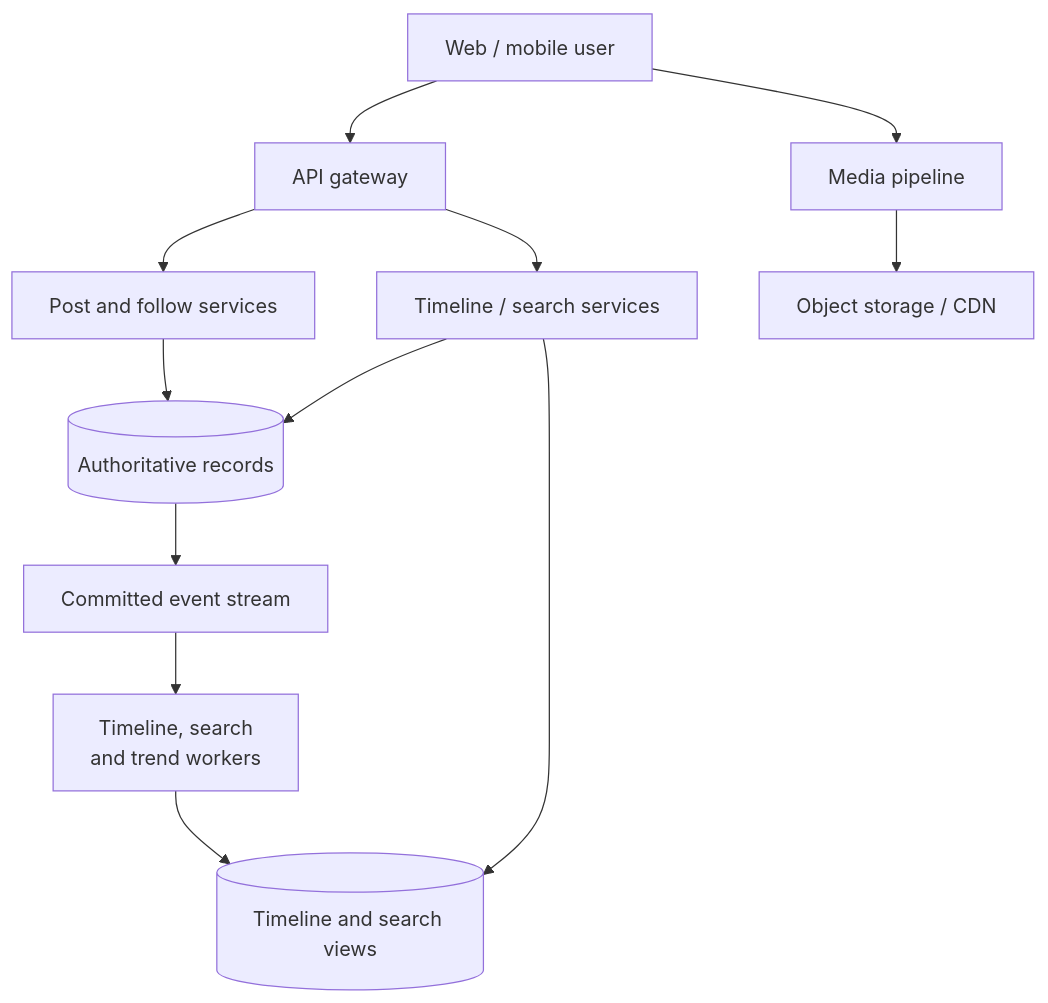
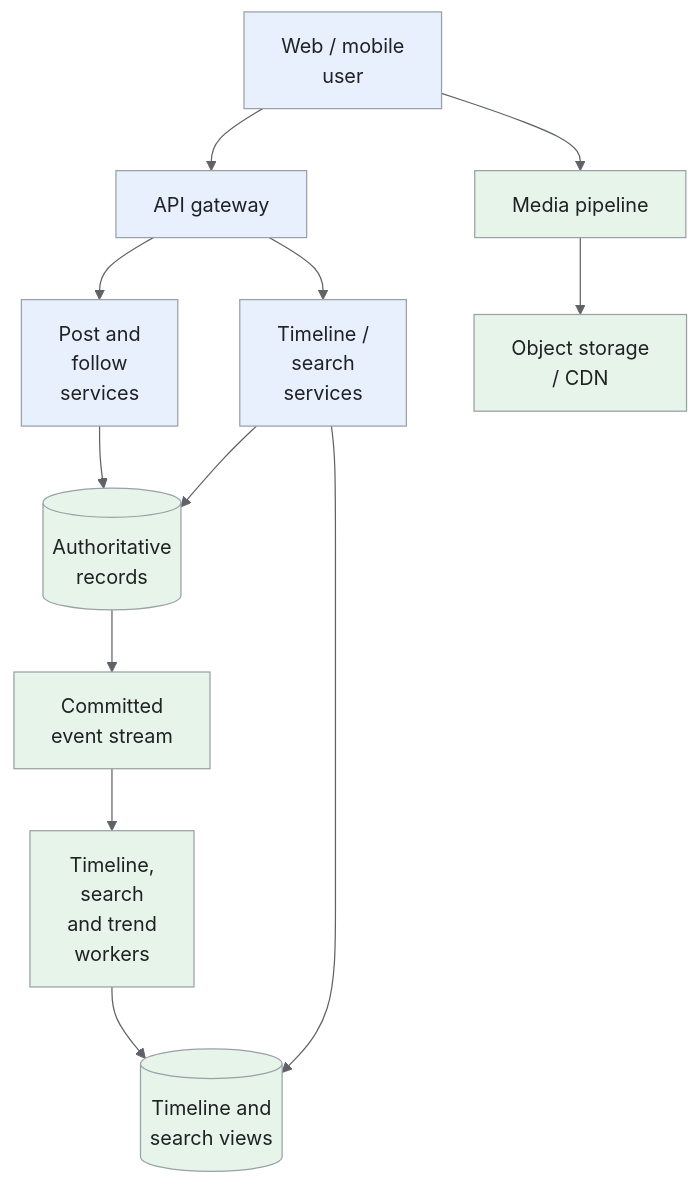
Before and after one commit to iliazlobin/iliazlobin.github.io: the first of 6 diagrams in _designs/system-design-twitter-x.md, drawn with Mermaid. The commit also changed other lines of this file and 131 other files, not shown here.

````diff
--- a/_designs/system-design-twitter-x.md
+++ b/_designs/system-design-twitter-x.md
@@ -129,14 +148,21 @@
 ```mermaid
+%%{init: {"theme":"base","themeVariables":{"primaryColor":"#e8f0fe","primaryBorderColor":"#9aa0a6","primaryTextColor":"#202124","secondaryColor":"#e6f4ea","tertiaryColor":"#fef7e0","lineColor":"#5f6368","actorBkg":"#e8f0fe","actorBorder":"#9aa0a6","actorTextColor":"#202124","noteBkgColor":"#fef7e0","noteBorderColor":"#9aa0a6","noteTextColor":"#202124","signalColor":"#5f6368","signalTextColor":"#202124"}}}%%
 flowchart TB
-  U["Web / mobile user"] --> API["API gateway"]
-  API --> WRITE["Post and follow services"]
-  WRITE --> DB[("Authoritative records")]
-  DB --> EVENTS["Committed event stream"]
-  EVENTS --> DERIVED["Timeline, search<br/>and trend workers"]
-  DERIVED --> VIEWS[("Timeline and search views")]
-  API --> READ["Timeline / search services"]
+  U["Web / mobile<br>user"] --> API["API gateway"]
+  API --> WRITE["Post and<br>follow<br>services"]
+  WRITE --> DB[("Authoritative<br>records")]
+  DB --> EVENTS["Committed<br>event stream"]
+  EVENTS --> DERIVED["Timeline,<br>search<br>and trend<br>workers"]
+  DERIVED --> VIEWS[("Timeline and<br>search views")]
+  API --> READ["Timeline /<br>search<br>services"]
   READ --> VIEWS
   READ --> DB
   U --> MEDIA["Media pipeline"]
-  MEDIA --> CDN["Object storage / CDN"]
+  MEDIA --> CDN["Object storage<br>/ CDN"]
+classDef request fill:#e8f0fe,stroke:#9aa0a6,color:#202124;
+classDef data fill:#e6f4ea,stroke:#9aa0a6,color:#202124;
+classDef control fill:#fef7e0,stroke:#9aa0a6,color:#202124;
+class U,API,WRITE,READ request;
+class DB,EVENTS,DERIVED,VIEWS,MEDIA,CDN data;
+
 ```
````
